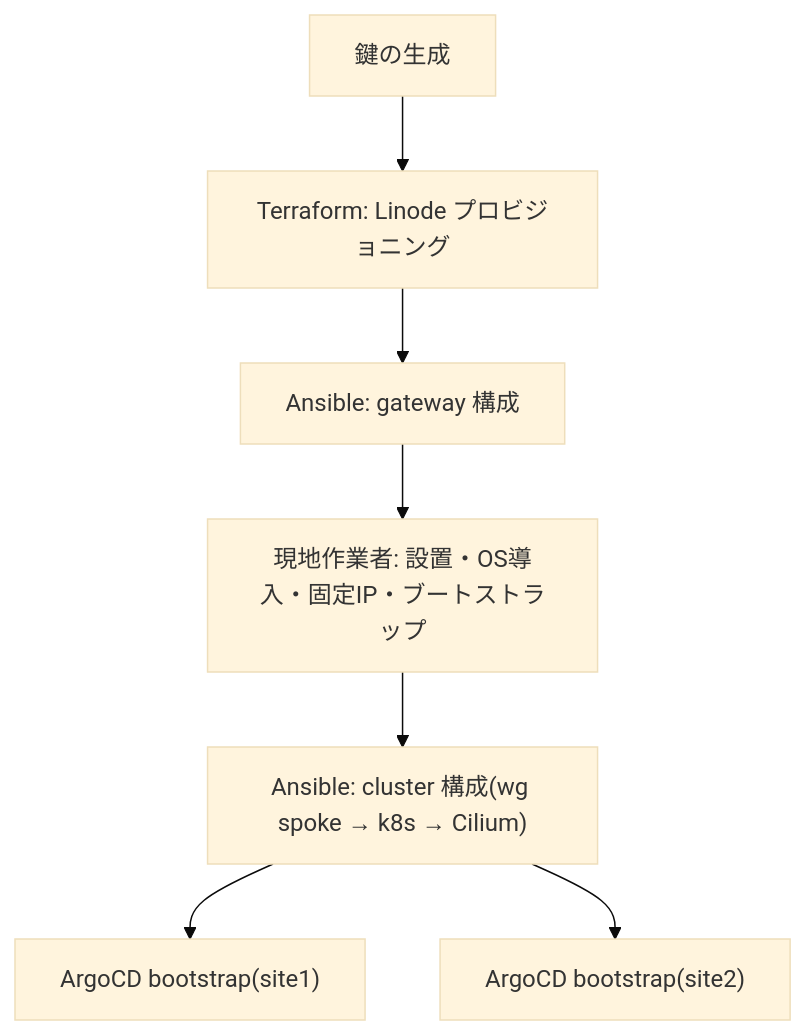
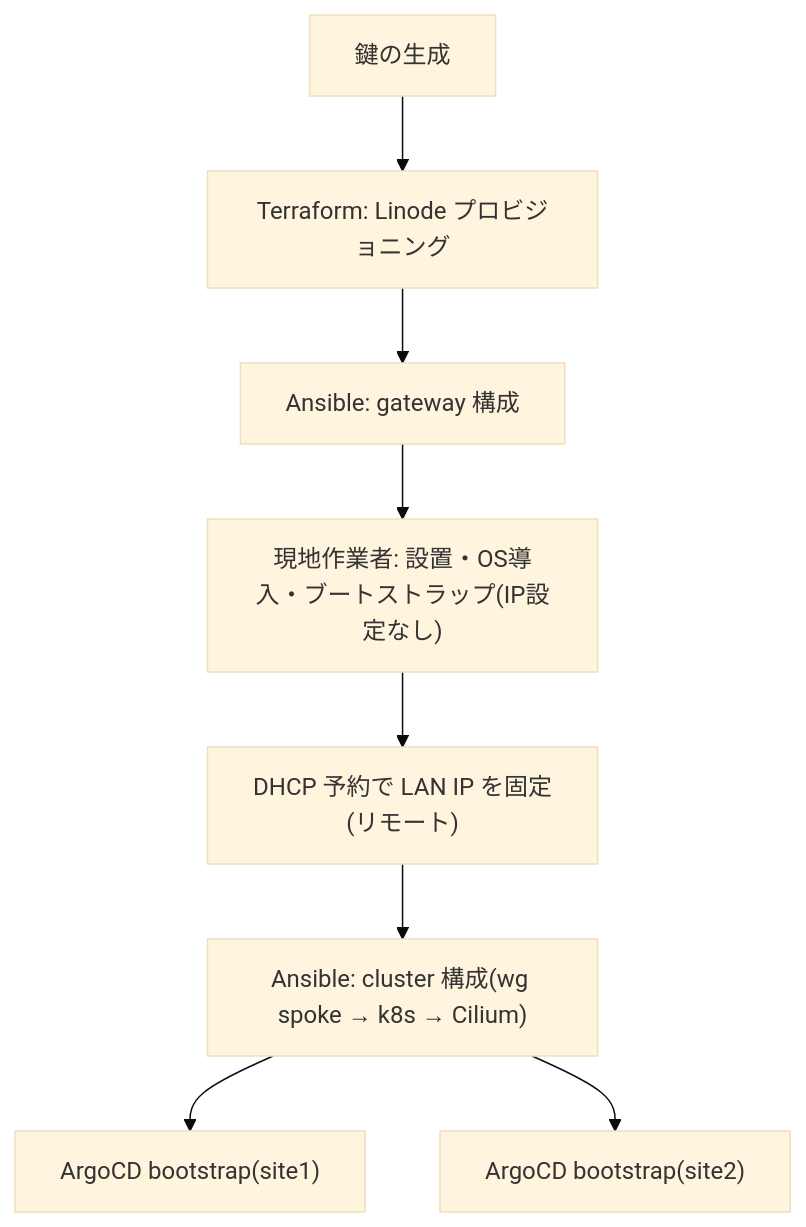
One commit to morinoparty/moripa-infra changed the first of 2 diagrams in docs/content/docs/admin/index.mdx. Above: the diagram before and after it, drawn with Mermaid (base theme). The commit also changed other lines of this file and 15 other files, not shown here.

````diff
--- a/docs/content/docs/admin/index.mdx
+++ b/docs/content/docs/admin/index.mdx
@@ -12,9 +12,10 @@
 ```mermaid
 flowchart TD
     A["鍵の生成"] --> B["Terraform: Linode プロビジョニング"]
     B --> C["Ansible: gateway 構成"]
-    C --> D["現地作業者: 設置・OS導入・固定IP・ブートストラップ"]
-    D --> E["Ansible: cluster 構成(wg spoke → k8s → Cilium)"]
+    C --> D["現地作業者: 設置・OS導入・ブートストラップ(IP設定なし)"]
+    D --> D2["DHCP 予約で LAN IP を固定(リモート)"]
+    D2 --> E["Ansible: cluster 構成(wg spoke → k8s → Cilium)"]
     E --> F["ArgoCD bootstrap(site1)"]
     E --> G["ArgoCD bootstrap(site2)"]
 ```
````
